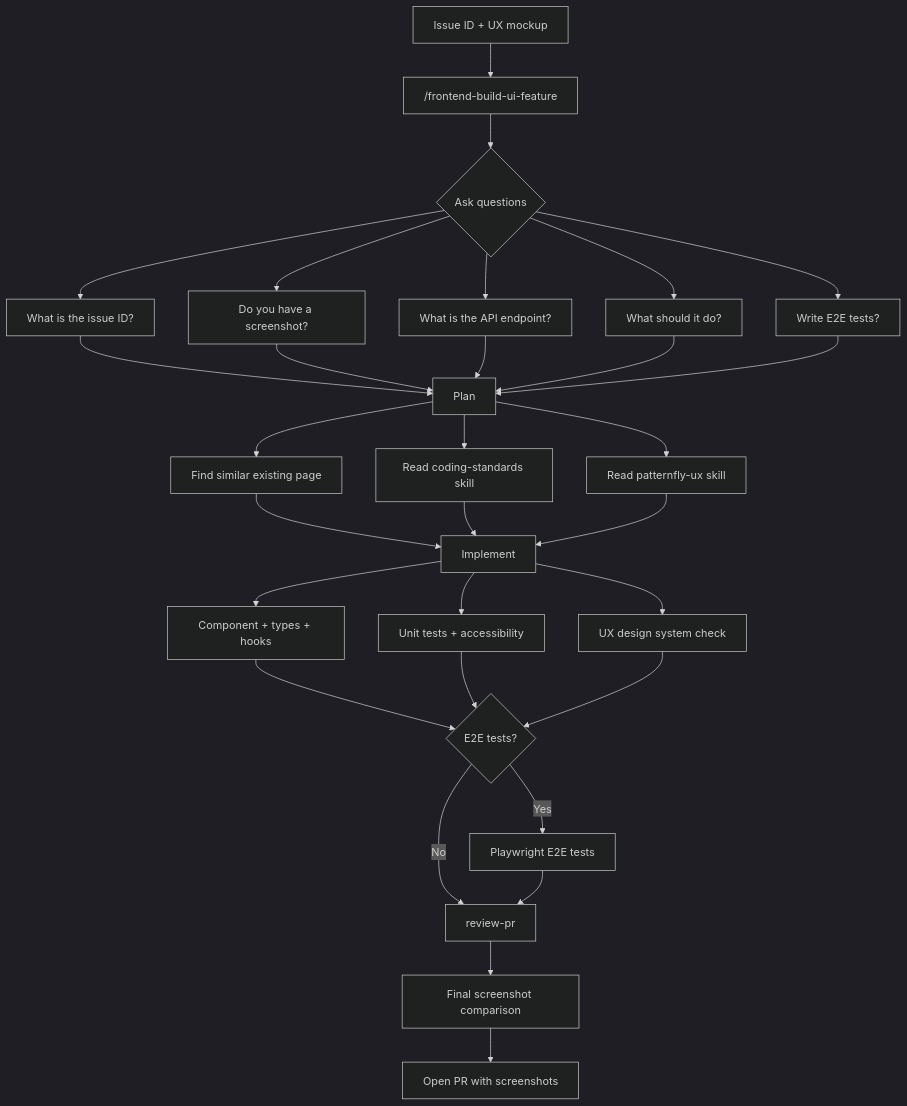
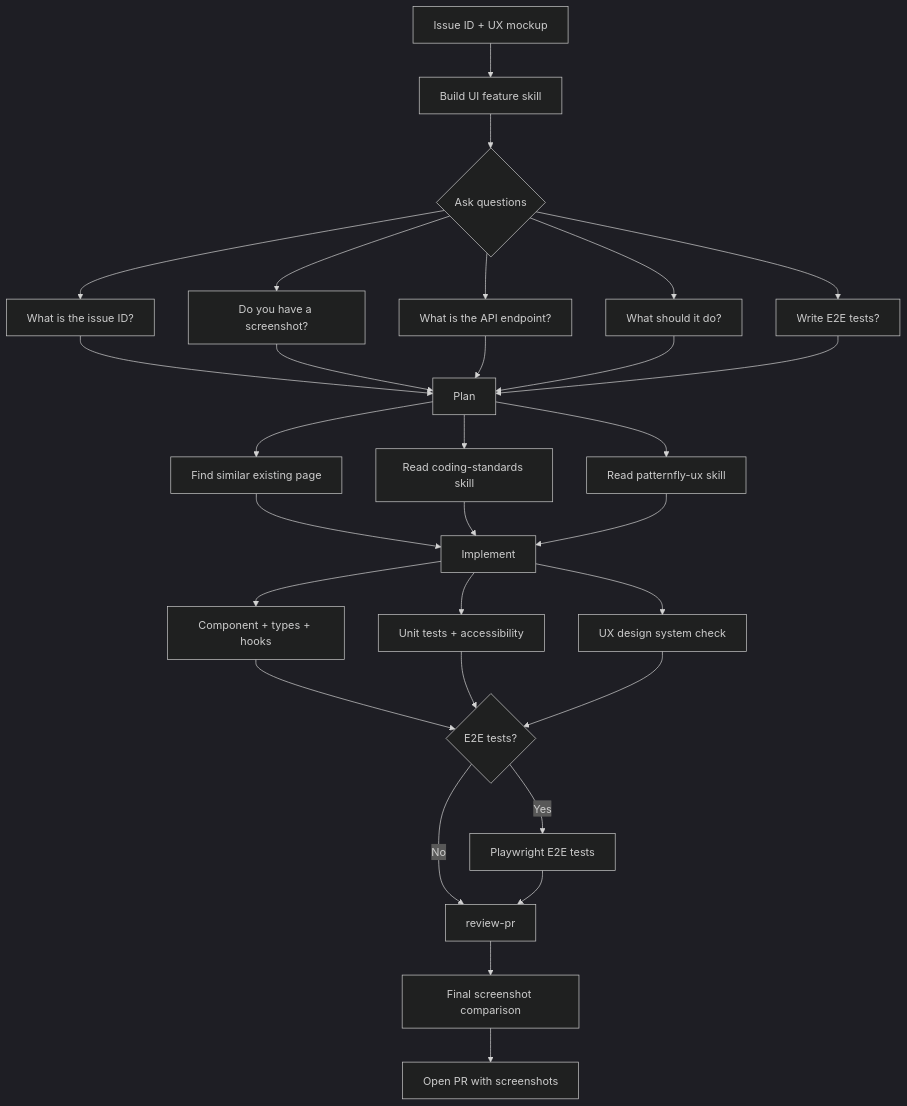
The diagram in frontend/docs/ai-assisted-development.md (irixjp/syntara), drawn with Mermaid (dark theme) before and after one commit. The commit also changed other lines of this file and 21 other files, not shown here.

````diff
--- a/frontend/docs/ai-assisted-development.md
+++ b/frontend/docs/ai-assisted-development.md
@@ -31,24 +33,24 @@
 ```mermaid
 flowchart TD
-    A[Issue ID + UX mockup] --> B["/frontend-build-ui-feature"]
+    A[Issue ID + UX mockup] --> B["Build UI feature skill"]
     B --> C{Ask questions}
     C --> C1[What is the issue ID?]
     C --> C2[Do you have a screenshot?]
     C --> C3[What is the API endpoint?]
     C --> C4[What should it do?]
     C --> C5[Write E2E tests?]
     C1 & C2 & C3 & C4 & C5 --> D[Plan]
     D --> D1[Find similar existing page]
     D --> D2[Read coding-standards skill]
     D --> D3[Read patternfly-ux skill]
     D1 & D2 & D3 --> E[Implement]
     E --> E1[Component + types + hooks]
     E --> E2[Unit tests + accessibility]
     E --> E3[UX design system check]
     E1 & E2 & E3 --> F{E2E tests?}
     F -- Yes --> G[Playwright E2E tests]
     F -- No --> H["review-pr"]
     G --> H
     H --> I[Final screenshot comparison]
     I --> J[Open PR with screenshots]
 ```
````
